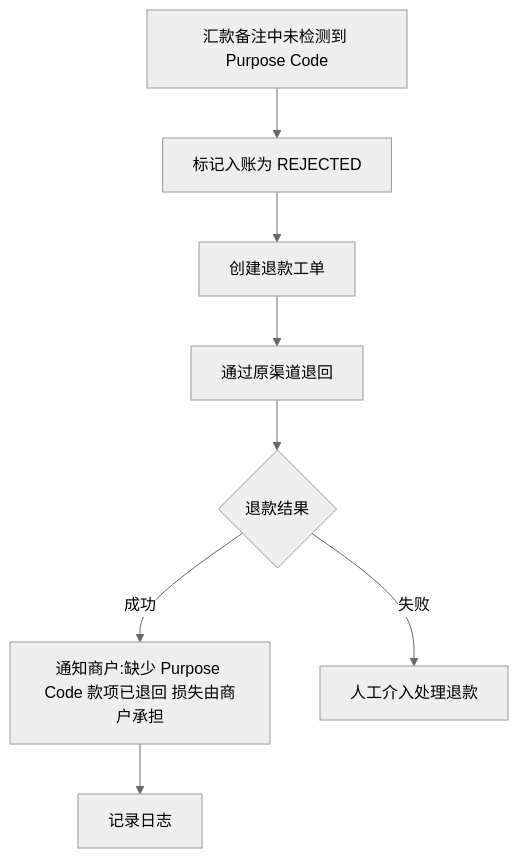
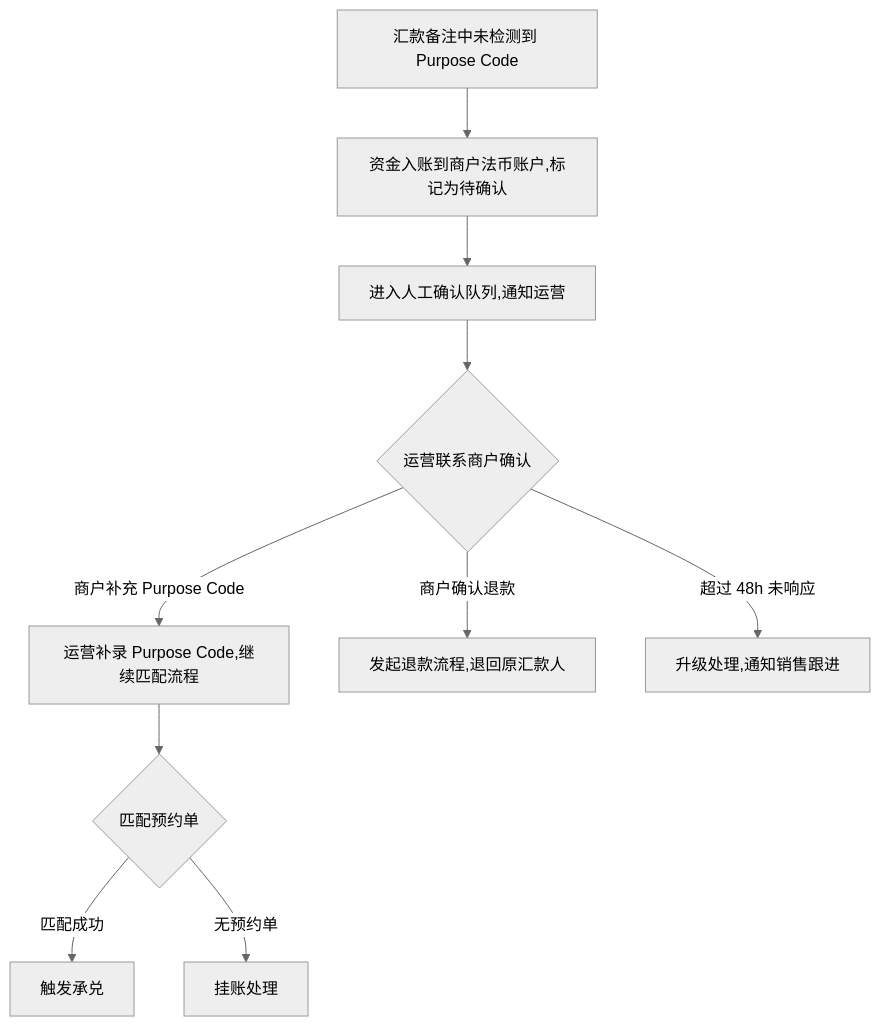
Before and after one commit to xiaoxiaoangie/EX-NEW: diagram 14 of 19 in onofframp/prd/onramp-complete.md, drawn with Mermaid (neutral theme). The commit also changed other lines of this file and 8 other files, not shown here.

````diff
--- a/onofframp/prd/onramp-complete.md
+++ b/onofframp/prd/onramp-complete.md
@@ -1256,10 +1293,12 @@
 ```mermaid
 flowchart TD
-    A[汇款备注中未检测到 Purpose Code] --> B[标记入账为 REJECTED]
-    B --> C[创建退款工单]
-    C --> D[通过原渠道退回]
-    D --> E{退款结果}
-    E -->|成功| F[通知商户:缺少 Purpose Code 款项已退回 损失由商户承担]
-    E -->|失败| G[人工介入处理退款]
-    F --> H[记录日志]
+    A[汇款备注中未检测到 Purpose Code] --> B[资金入账到商户法币账户,标记为待确认]
+    B --> C[进入人工确认队列,通知运营]
+    C --> D{运营联系商户确认}
+    D -->|商户补充 Purpose Code| E[运营补录 Purpose Code,继续匹配流程]
+    E --> F{匹配预约单}
+    F -->|匹配成功| G[触发承兑]
+    F -->|无预约单| H[挂账处理]
+    D -->|商户确认退款| I[发起退款流程,退回原汇款人]
+    D -->|超过 48h 未响应| J[升级处理,通知销售跟进]
 ```
````
